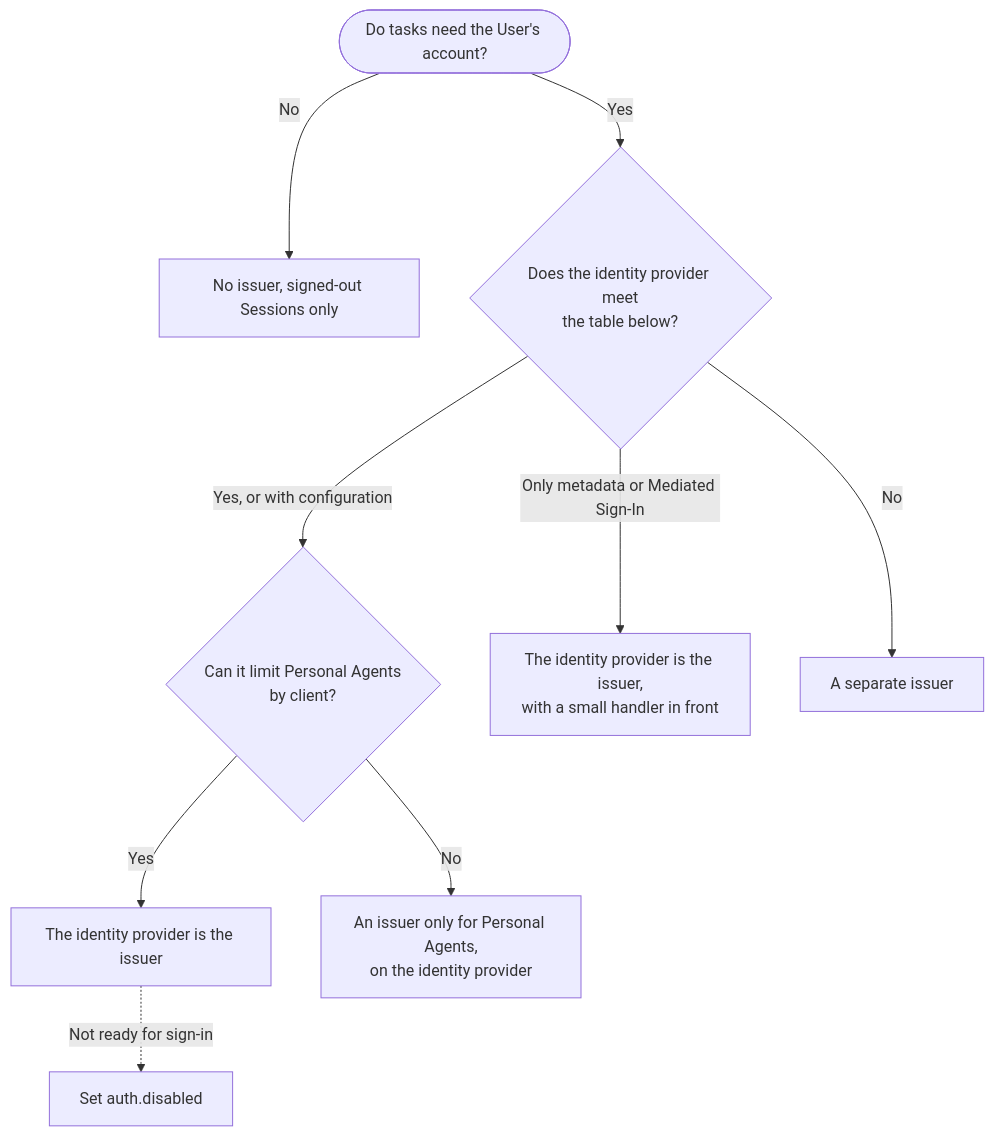
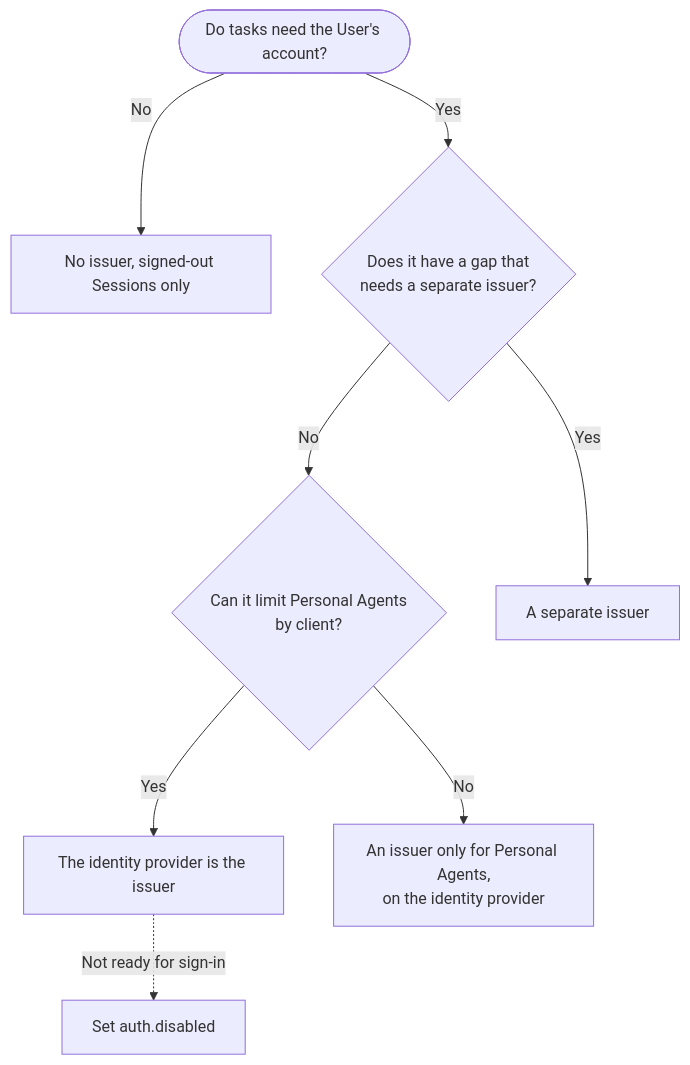
One commit to gaokevin1/personal-agent-protocol changed the first of 8 diagrams in kit/company/patterns/identity-provider.md. Above: the diagram before and after it, drawn with Mermaid. The commit also changed other lines of this file and 1 other file, not shown here.

First line of the commit message:
Replace the requirements table with a short list of gaps

````diff
--- a/kit/company/patterns/identity-provider.md
+++ b/kit/company/patterns/identity-provider.md
@@ -19,11 +19,10 @@
 ```mermaid
 flowchart TD
   start([Do tasks need the User's account?]) -->|No| none[No issuer, signed-out Sessions only]
-  start -->|Yes| gaps{Does the identity provider meet<br/>the table below?}
-  gaps -->|Yes, or with configuration| limit{Can it limit Personal Agents<br/>by client?}
+  start -->|Yes| gaps{Does it have a gap that<br/>needs a separate issuer?}
+  gaps -->|No| limit{Can it limit Personal Agents<br/>by client?}
   limit -->|Yes| idp[The identity provider is the issuer]
   limit -->|No| sub[An issuer only for Personal Agents,<br/>on the identity provider]
-  gaps -->|Only metadata or Mediated Sign-In| shim[The identity provider is the issuer,<br/>with a small handler in front]
-  gaps -->|No| agent[A separate issuer]
+  gaps -->|Yes| agent[A separate issuer]
   idp -.->|Not ready for sign-in| disabled[Set auth.disabled]
 ```
````
